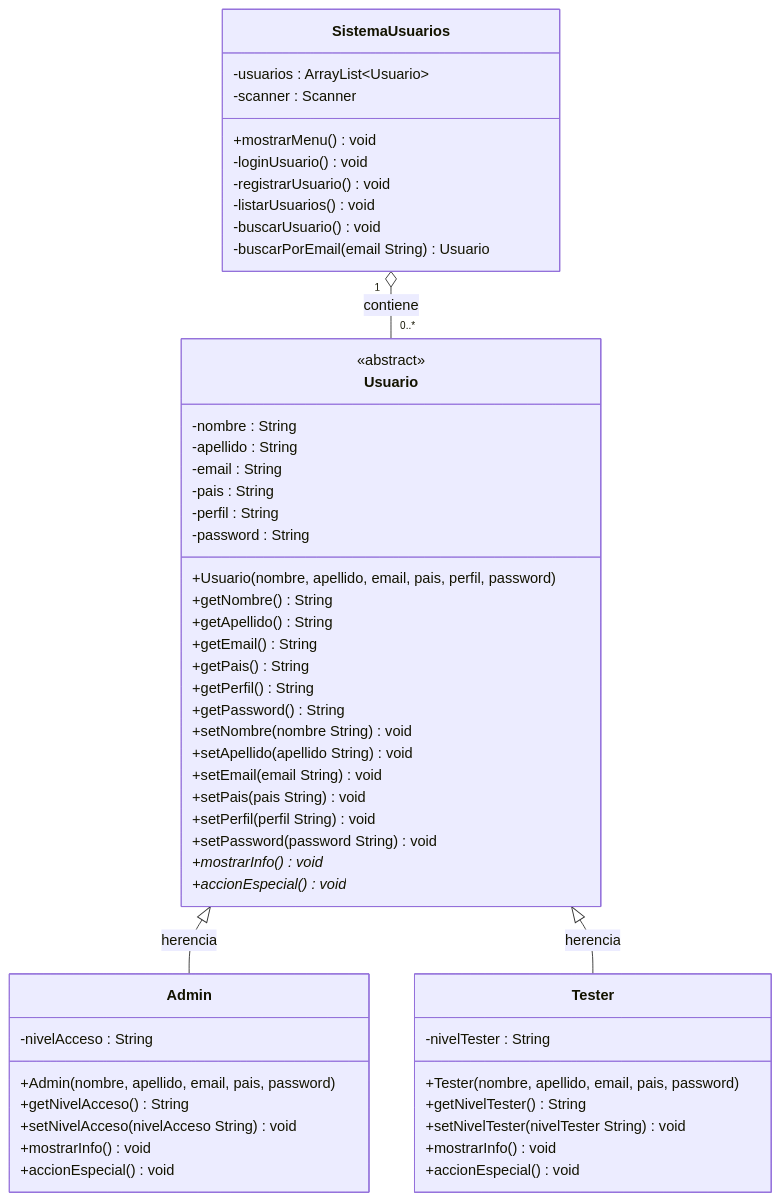
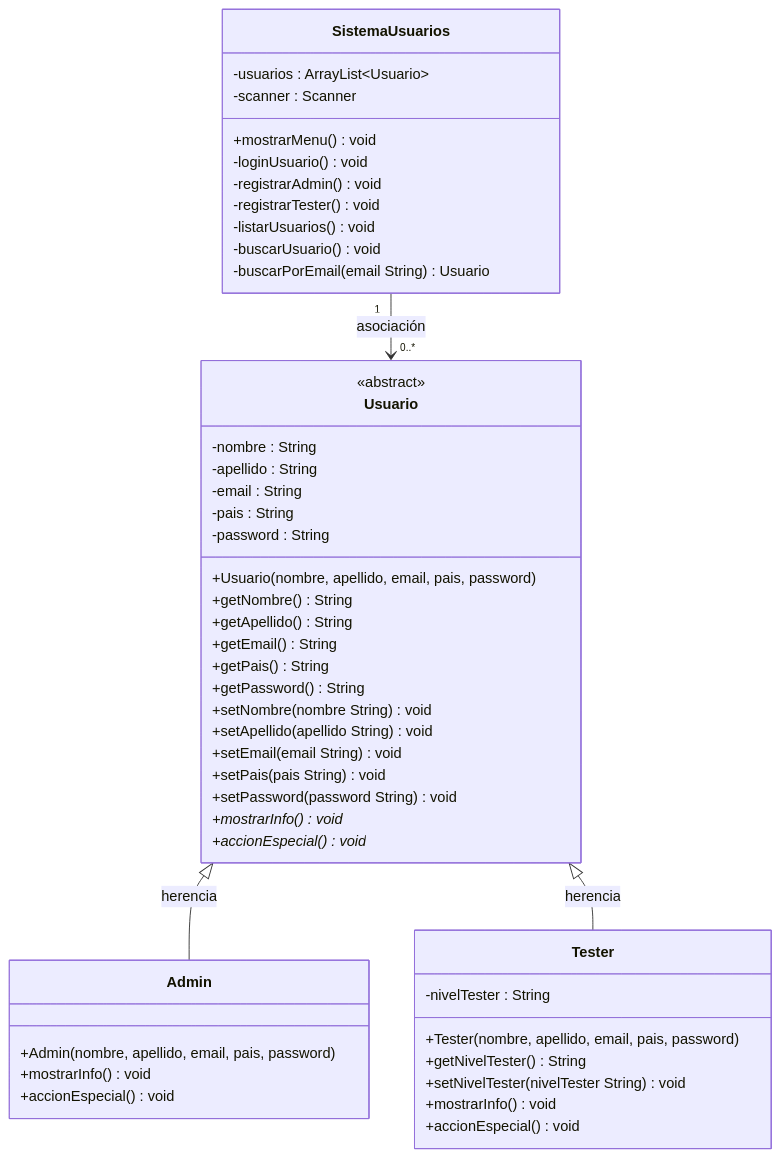
The diagram in README.md (PaolaHache/ProyectoCestore), drawn with Mermaid before and after one commit. The commit also changed other lines of this file, not shown here.

````diff
--- a/README.md
+++ b/README.md
@@ -1,60 +23,55 @@
 ```mermaid
 classDiagram
     class Usuario {
         -nombre : String
         -apellido : String
         -email : String
         -pais : String
-        -perfil : String
         -password : String
-        +Usuario(nombre, apellido, email, pais, perfil, password)
+        +Usuario(nombre, apellido, email, pais, password)
         +getNombre() String
         +getApellido() String
         +getEmail() String
         +getPais() String
-        +getPerfil() String
         +getPassword() String
         +setNombre(nombre String) void
         +setApellido(apellido String) void
         +setEmail(email String) void
         +setPais(pais String) void
-        +setPerfil(perfil String) void
         +setPassword(password String) void
         +mostrarInfo() void*
         +accionEspecial() void*
     }
     <<abstract>> Usuario
 
     class Admin {
-        -nivelAcceso : String
         +Admin(nombre, apellido, email, pais, password)
-        +getNivelAcceso() String
-        +setNivelAcceso(nivelAcceso String) void
         +mostrarInfo() void
         +accionEspecial() void
     }
 
     class Tester {
         -nivelTester : String
         +Tester(nombre, apellido, email, pais, password)
         +getNivelTester() String
         +setNivelTester(nivelTester String) void
         +mostrarInfo() void
         +accionEspecial() void
     }
 
     class SistemaUsuarios {
         -usuarios : ArrayList~Usuario~
         -scanner : Scanner
         +mostrarMenu() void
         -loginUsuario() void
-        -registrarUsuario() void
+        -registrarAdmin() void
+        -registrarTester() void
         -listarUsuarios() void
         -buscarUsuario() void
         -buscarPorEmail(email String) Usuario
     }
 
     Usuario <|-- Admin : herencia
     Usuario <|-- Tester : herencia
-    SistemaUsuarios "1" o-- "0..*" Usuario : contiene
+    SistemaUsuarios "1" --> "0..*" Usuario : asociación
 ```
````
